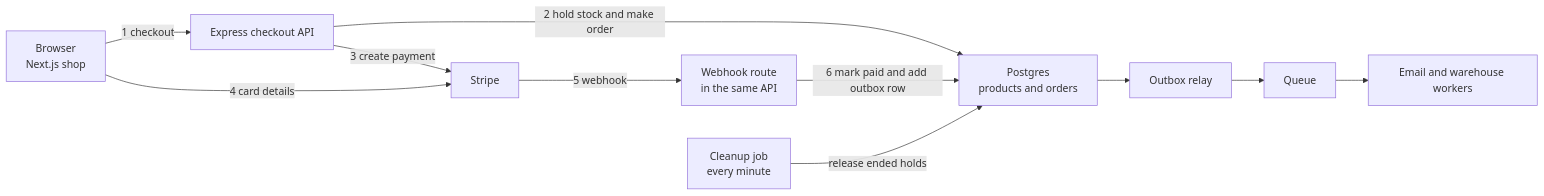
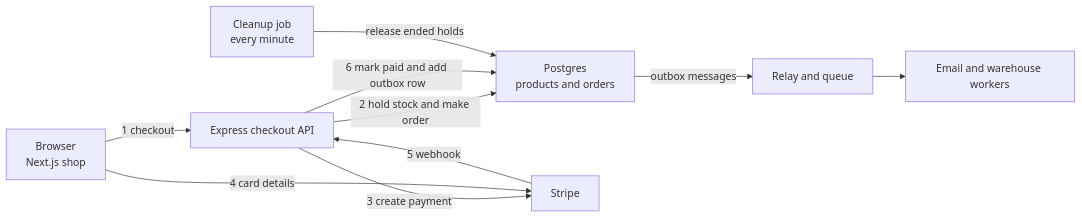
One commit to starjustice/research-material changed the first of 8 diagrams in learn/system-design/12-design-an-online-shop-checkout.md. Above: the diagram before and after it, drawn with Mermaid. The commit also changed other lines of this file and 3 other files, not shown here.

````diff
--- a/learn/system-design/12-design-an-online-shop-checkout.md
+++ b/learn/system-design/12-design-an-online-shop-checkout.md
@@ -45,13 +39,12 @@
 ```mermaid
 graph LR
     B["Browser<br/>Next.js shop"] -->|1 checkout| API["Express checkout API"]
     API -->|2 hold stock and make order| DB["Postgres<br/>products and orders"]
     API -->|3 create payment| S["Stripe"]
     B -->|4 card details| S
-    S -->|5 webhook| WH["Webhook route<br/>in the same API"]
-    WH -->|6 mark paid and add outbox row| DB
-    DB --> R["Outbox relay"]
-    R --> Q["Queue"]
+    S -->|5 webhook| API
+    API -->|6 mark paid and add outbox row| DB
+    DB -->|outbox messages| Q["Relay and queue"]
     Q --> EW["Email and warehouse workers"]
     J["Cleanup job<br/>every minute"] -->|release ended holds| DB
 ```
````
